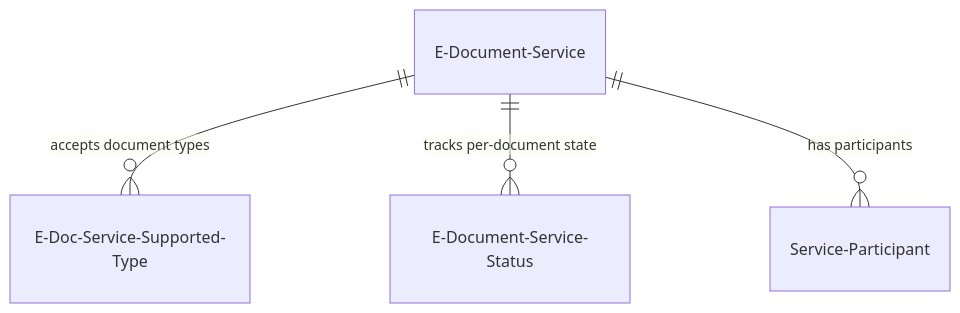
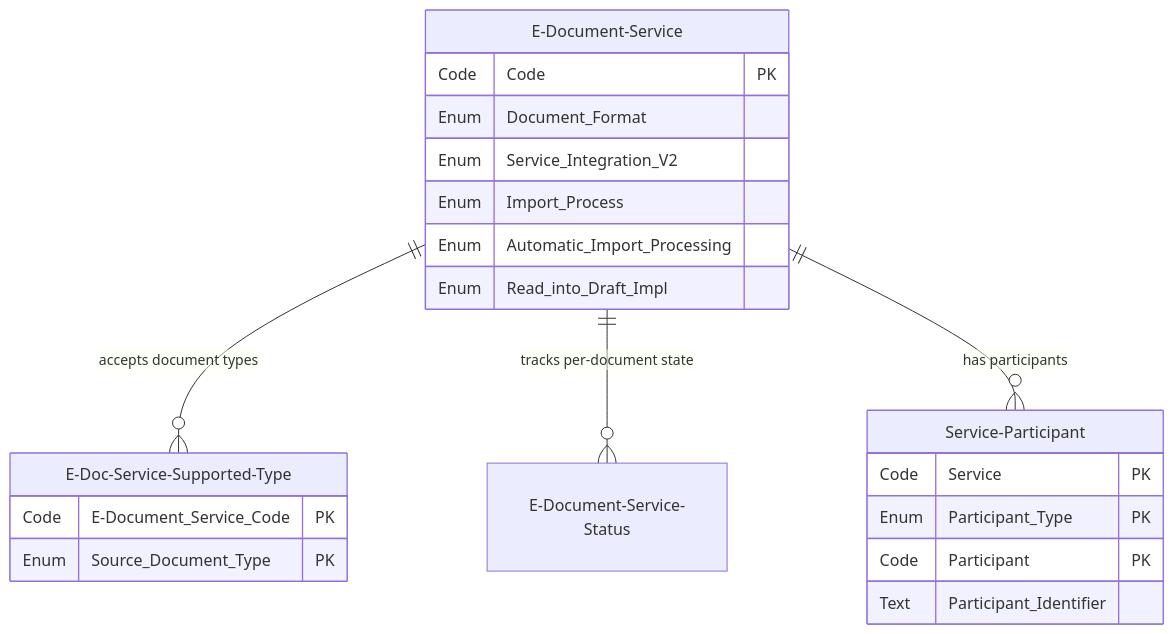
The first of 2 diagrams in E-Document Core/src/Service/docs/data-model.md (StefanMaron/MSDyn365BC.Sandbox.Code.History), drawn with Mermaid before and after one commit. The commit also changed other lines of this file and 407 other files, not shown here.

````diff
--- a/E-Document Core/src/Service/docs/data-model.md
+++ b/E-Document Core/src/Service/docs/data-model.md
@@ -9,6 +13,24 @@
 ```mermaid
 erDiagram
+    E-Document-Service {
+        Code Code PK
+        Enum Document_Format
+        Enum Service_Integration_V2
+        Enum Import_Process
+        Enum Automatic_Import_Processing
+        Enum Read_into_Draft_Impl
+    }
+    E-Doc-Service-Supported-Type {
+        Code E-Document_Service_Code PK
+        Enum Source_Document_Type PK
+    }
+    Service-Participant {
+        Code Service PK
+        Enum Participant_Type PK
+        Code Participant PK
+        Text Participant_Identifier
+    }
     E-Document-Service ||--o{ E-Doc-Service-Supported-Type : "accepts document types"
     E-Document-Service ||--o{ E-Document-Service-Status : "tracks per-document state"
     E-Document-Service ||--o{ Service-Participant : "has participants"
 ```
````
